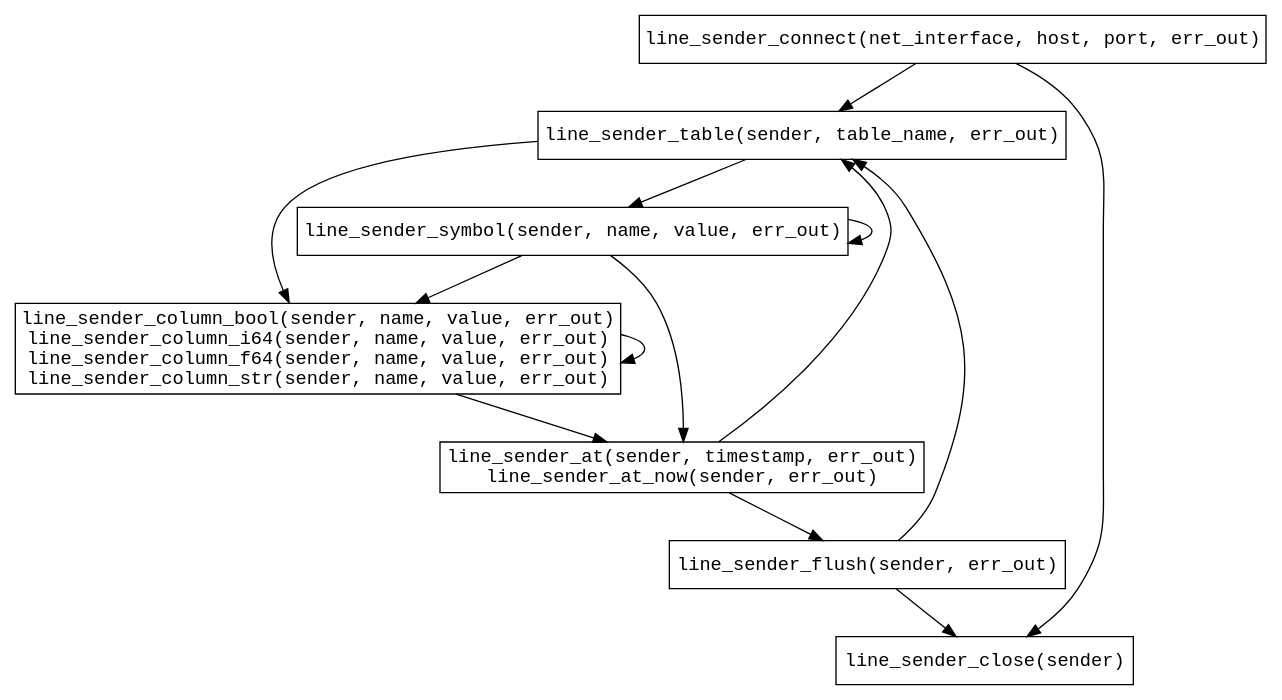
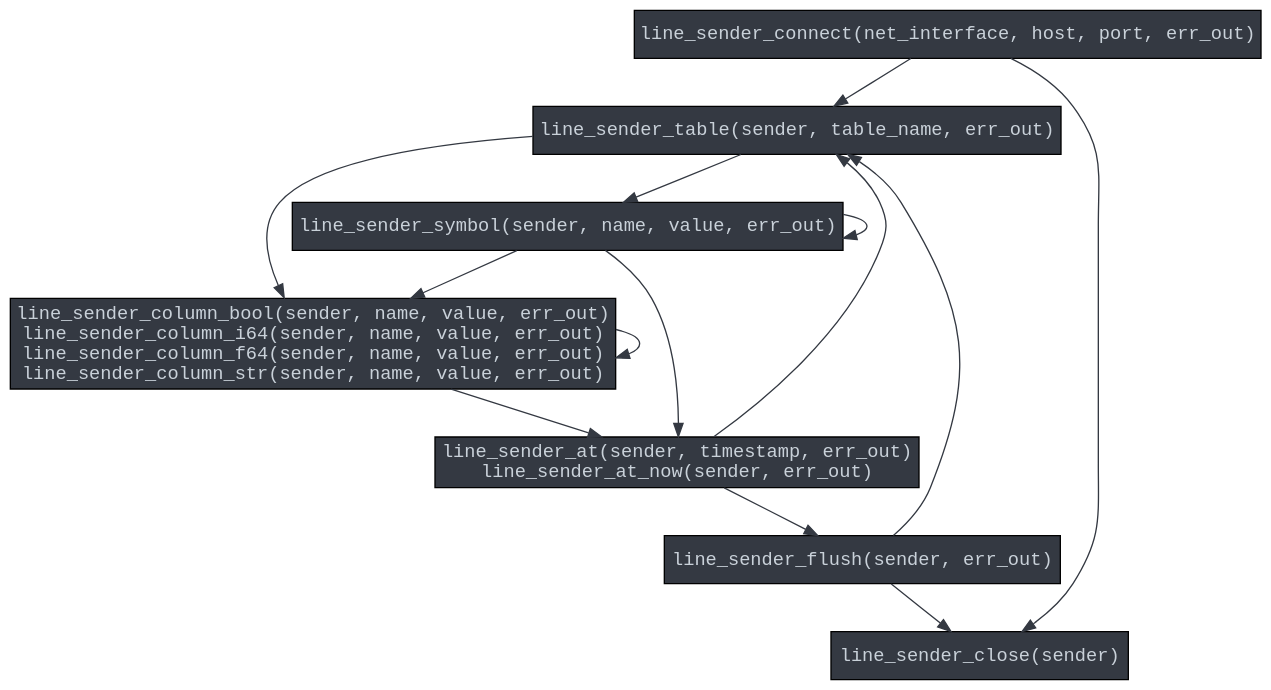
One commit to questdb/c-questdb-client changed the diagram in api_seq/c.dot. Above: the diagram before and after it, drawn with Graphviz. The commit also changed 4 other files, not shown here.

Commit message:
docs: Improved section explaining protocol and diagrams.

```diff
--- a/api_seq/c.dot
+++ b/api_seq/c.dot
@@ -1,32 +1,34 @@
 digraph line_sender_c_api {
 
-  node [shape=box, fontname=monospace];
+  graph [bgcolor=transparent];
+  node [style=filled, shape=box, fillcolor="#343942", fontcolor="#C9D1D9", fontname=monospace];
+  edge [color="#343942"];
 
   line_sender_connect -> line_sender_table;
   line_sender_connect -> line_sender_close;
   line_sender_table -> line_sender_symbol;
   line_sender_symbol -> line_sender_symbol;
   line_sender_symbol -> line_sender_column;
   line_sender_symbol -> line_sender_at;
   line_sender_table -> line_sender_column;
   line_sender_column -> line_sender_column;
   line_sender_column -> line_sender_at;
   line_sender_at -> line_sender_flush;
   line_sender_flush -> line_sender_close;
   line_sender_at -> line_sender_table;
   line_sender_flush -> line_sender_table;
 
   line_sender_connect [label="line_sender_connect(net_interface, host, port, err_out)"];
   line_sender_table [label="line_sender_table(sender, table_name, err_out)"];
   line_sender_symbol [label="line_sender_symbol(sender, name, value, err_out)"];
   line_sender_column [
       label="line_sender_column_bool(sender, name, value, err_out)
 line_sender_column_i64(sender, name, value, err_out)
 line_sender_column_f64(sender, name, value, err_out)
 line_sender_column_str(sender, name, value, err_out)"];
   line_sender_at [
       label="line_sender_at(sender, timestamp, err_out)
 line_sender_at_now(sender, err_out)"];
   line_sender_flush [label="line_sender_flush(sender, err_out)"];
   line_sender_close [label="line_sender_close(sender)"];
 }
```
